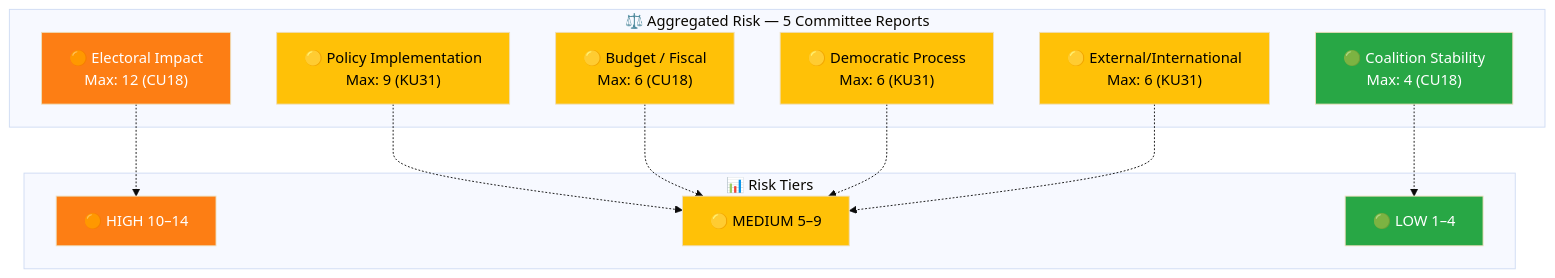
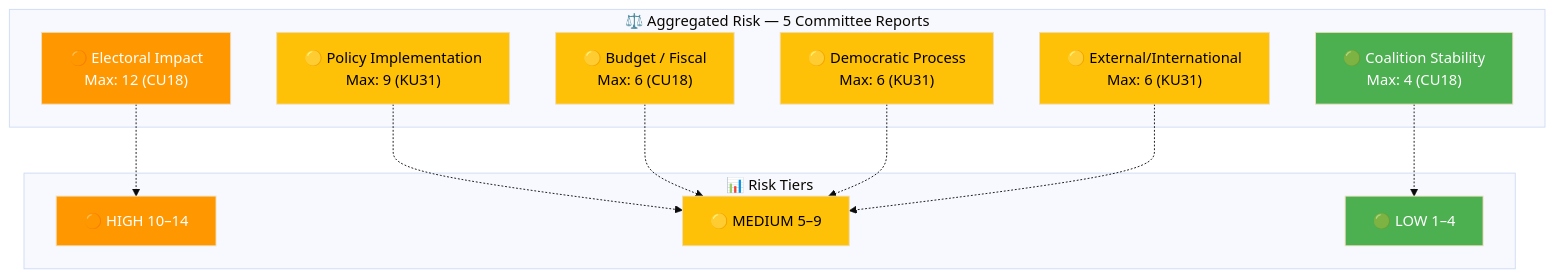
Before and after one commit to Hack23/riksdagsmonitor: the diagram in analysis/daily/2026-03-27/committeeReports/risk-assessment.md, drawn with Mermaid (base theme). The commit also changed 785 other files, not shown here.

First line of the commit message:
Normalize mermaid colors across 786 analysis artifacts to ISMS Style Guide palette

````diff
--- a/analysis/daily/2026-03-27/committeeReports/risk-assessment.md
+++ b/analysis/daily/2026-03-27/committeeReports/risk-assessment.md
@@ -22,34 +22,34 @@
 ```mermaid
 graph TD
     subgraph "⚖️ Aggregated Risk — 5 Committee Reports"
         R1["🟢 Coalition Stability<br/>Max: 4 (CU18)"]
         R2["🟡 Policy Implementation<br/>Max: 9 (KU31)"]
         R3["🟡 Budget / Fiscal<br/>Max: 6 (CU18)"]
         R4["🟠 Electoral Impact<br/>Max: 12 (CU18)"]
         R5["🟡 Democratic Process<br/>Max: 6 (KU31)"]
         R6["🟡 External/International<br/>Max: 6 (KU31)"]
     end
 
     subgraph "📊 Risk Tiers"
         T2["🟠 HIGH 10–14"]
         T3["🟡 MEDIUM 5–9"]
         T4["🟢 LOW 1–4"]
     end
 
     R1 -.-> T4
     R2 -.-> T3
     R3 -.-> T3
     R4 -.-> T2
     R5 -.-> T3
     R6 -.-> T3
 
-    style R1 fill:#28a745,color:#fff
-    style R2 fill:#ffc107,color:#000
-    style R3 fill:#ffc107,color:#000
-    style R4 fill:#fd7e14,color:#fff
-    style R5 fill:#ffc107,color:#000
-    style R6 fill:#ffc107,color:#000
-    style T2 fill:#fd7e14,color:#fff
-    style T3 fill:#ffc107,color:#000
-    style T4 fill:#28a745,color:#fff
+    style R1 fill:#4CAF50,color:#FFFFFF
+    style R2 fill:#FFC107,color:#000000
+    style R3 fill:#FFC107,color:#000000
+    style R4 fill:#FF9800,color:#FFFFFF
+    style R5 fill:#FFC107,color:#000000
+    style R6 fill:#FFC107,color:#000000
+    style T2 fill:#FF9800,color:#FFFFFF
+    style T3 fill:#FFC107,color:#000000
+    style T4 fill:#4CAF50,color:#FFFFFF
 ```
````
